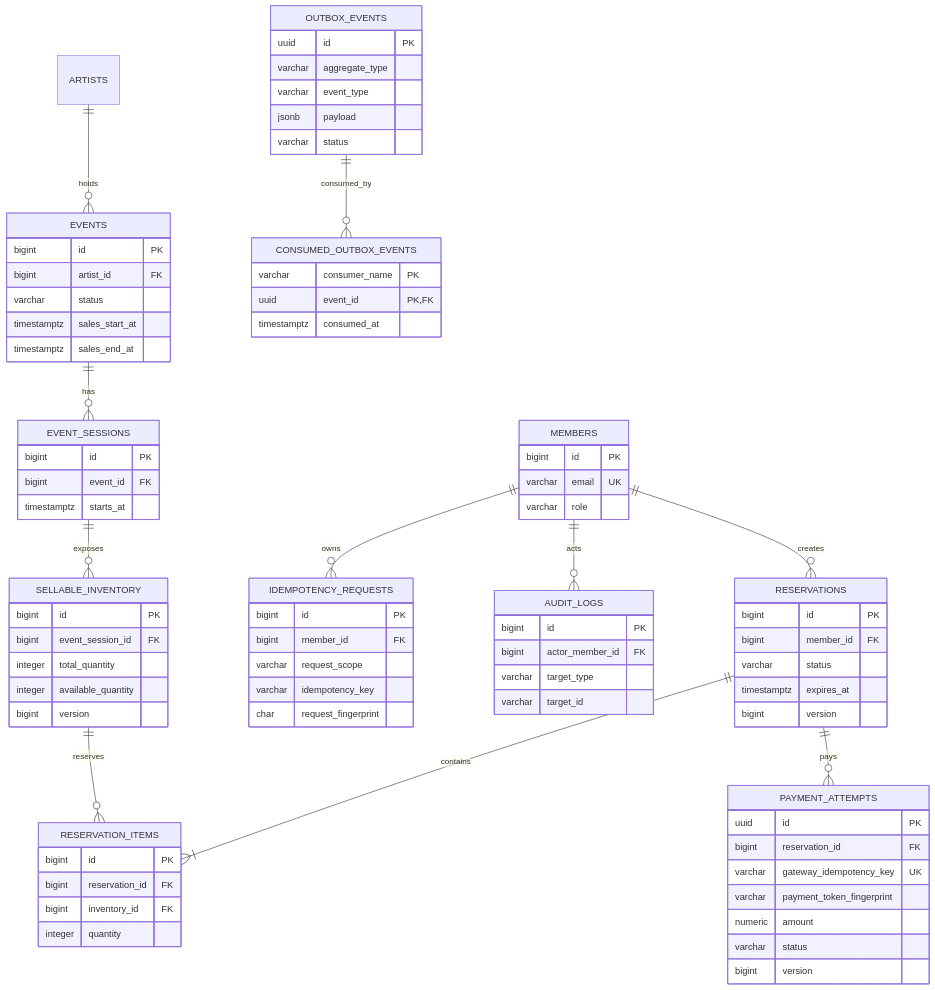
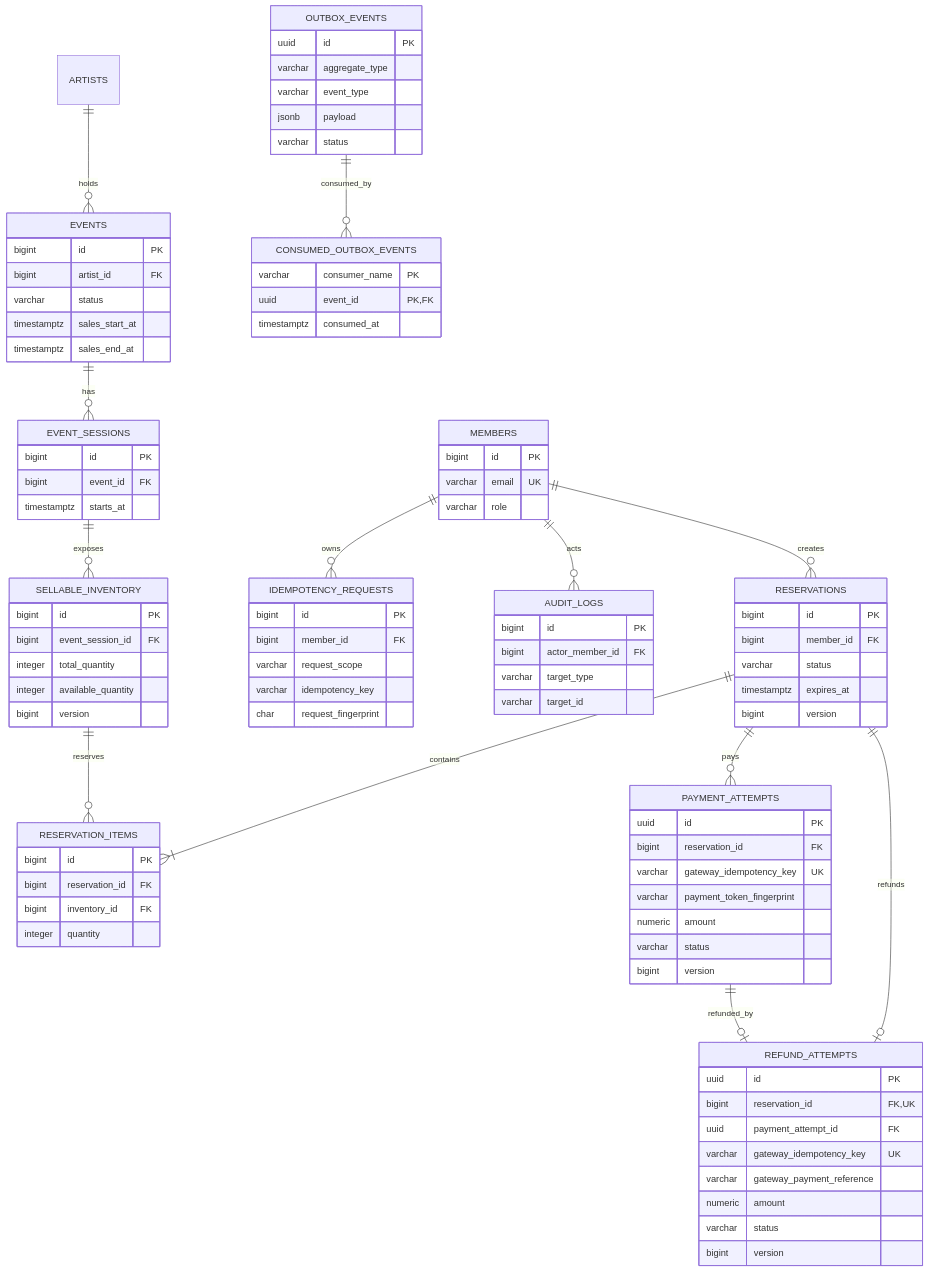
One commit to Beomballa/Ticket changed the diagram in docs/architecture/erd.md. Above: the diagram before and after it, drawn with Mermaid. The commit also changed other lines of this file and 30 other files, not shown here.

```diff
--- a/docs/architecture/erd.md
+++ b/docs/architecture/erd.md
@@ -12,6 +12,8 @@
     EVENT_SESSIONS ||--o{ SELLABLE_INVENTORY : exposes
     RESERVATIONS ||--|{ RESERVATION_ITEMS : contains
     RESERVATIONS ||--o{ PAYMENT_ATTEMPTS : pays
+    RESERVATIONS ||--o| REFUND_ATTEMPTS : refunds
+    PAYMENT_ATTEMPTS ||--o| REFUND_ATTEMPTS : refunded_by
     SELLABLE_INVENTORY ||--o{ RESERVATION_ITEMS : reserves
     OUTBOX_EVENTS ||--o{ CONSUMED_OUTBOX_EVENTS : consumed_by
 
@@ -61,6 +63,16 @@
         varchar status
         bigint version
     }
+    REFUND_ATTEMPTS {
+        uuid id PK
+        bigint reservation_id FK,UK
+        uuid payment_attempt_id FK
+        varchar gateway_idempotency_key UK
+        varchar gateway_payment_reference
+        numeric amount
+        varchar status
+        bigint version
+    }
     IDEMPOTENCY_REQUESTS {
         bigint id PK
         bigint member_id FK
```
